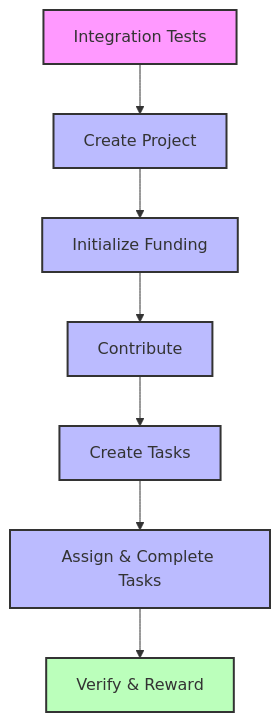
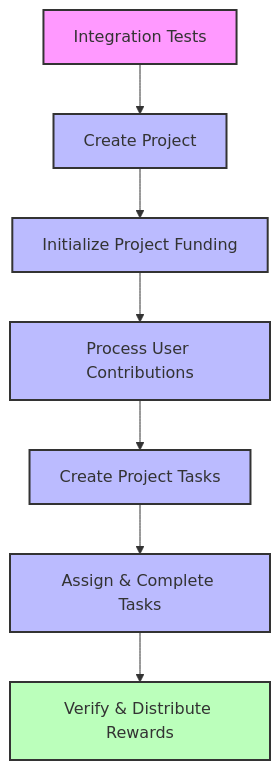
The fifth of 5 diagrams in packages/foundry/test/test-workflow.md (Buidl-Land/DappFlow), drawn with Mermaid before and after one commit. The commit also changed other lines of this file and 22 other files, not shown here.

First line of the commit message:
Refactor project structure and enhance Diamond contract architecture

````diff
--- a/packages/foundry/test/test-workflow.md
+++ b/packages/foundry/test/test-workflow.md
@@ -93,17 +95,17 @@
 ```mermaid
 graph TD
     A[Integration Tests] --> B[Create Project]
-    B --> C[Initialize Funding]
-    C --> D[Contribute]
-    D --> E[Create Tasks]
+    B --> C[Initialize Project Funding]
+    C --> D[Process User Contributions]
+    D --> E[Create Project Tasks]
     E --> F[Assign & Complete Tasks]
-    F --> G[Verify & Reward]
+    F --> G[Verify & Distribute Rewards]
 
     style A fill:#f9f,stroke:#333,stroke-width:2px
     style B fill:#bbf,stroke:#333,stroke-width:2px
     style C fill:#bbf,stroke:#333,stroke-width:2px
     style D fill:#bbf,stroke:#333,stroke-width:2px
     style E fill:#bbf,stroke:#333,stroke-width:2px
     style F fill:#bbf,stroke:#333,stroke-width:2px
     style G fill:#bfb,stroke:#333,stroke-width:2px
 ```
````
